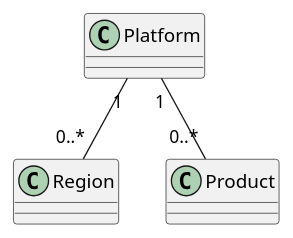
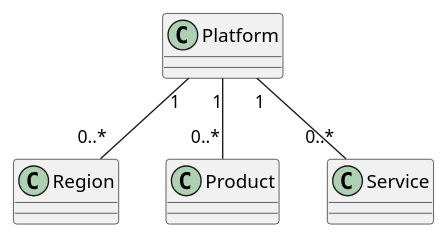
The diagram in src/website/Huybrechts.Core/Platform/_.plantuml (huybrechtsxyz/huybrechtsxyz), drawn with PlantUML before and after one commit. The commit also changed 26 other files, not shown here.

```diff
--- a/src/website/Huybrechts.Core/Platform/_.plantuml
+++ b/src/website/Huybrechts.Core/Platform/_.plantuml
@@ -1,21 +1,24 @@
 @startuml Platform CD
 
 class Platform {
 }
 
 class Region {
 }
 
 Platform "1" -- "0..*" Region
 
 class Product {
 }
 
 Platform "1" -- "0..*" Product
 
+class Service {
+}
 
+Platform "1" -- "0..*" Service
 
 
 
 
 @enduml
```
